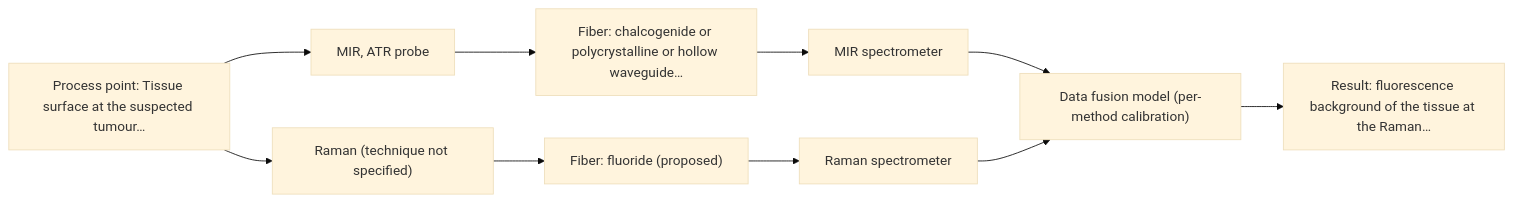
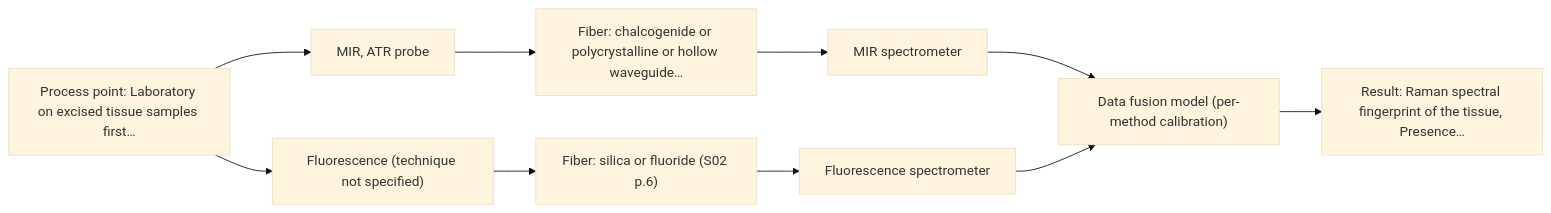
Before and after one commit to sleipnir029/Afs-Spectroscopy-Assistant: the second of 2 diagrams in outputs/adversarial/A09.md, drawn with Mermaid (base theme). The commit also changed other lines of this file and 41 other files, not shown here.

````diff
--- a/outputs/adversarial/A09.md
+++ b/outputs/adversarial/A09.md
@@ -83,21 +93,21 @@
 ```mermaid
 flowchart LR
-    proc["Process point: Tissue surface at the suspected tumour…"]
+    proc["Process point: Laboratory on excised tissue samples first…"]
     probe1["MIR, ATR probe"]
     fiber1["Fiber: chalcogenide or polycrystalline or hollow waveguide…"]
     spec1["MIR spectrometer"]
-    probe2["Raman (technique not specified)"]
-    fiber2["Fiber: fluoride (proposed)"]
-    spec2["Raman spectrometer"]
+    probe2["Fluorescence (technique not specified)"]
+    fiber2["Fiber: silica or fluoride (S02 p.6)"]
+    spec2["Fluorescence spectrometer"]
     model["Data fusion model (per-method calibration)"]
-    result["Result: fluorescence background of the tissue at the Raman…"]
+    result["Result: Raman spectral fingerprint of the tissue, Presence…"]
     proc --> probe1
     probe1 --> fiber1
     fiber1 --> spec1
     spec1 --> model
     proc --> probe2
     probe2 --> fiber2
     fiber2 --> spec2
     spec2 --> model
     model --> result
 ```
````
